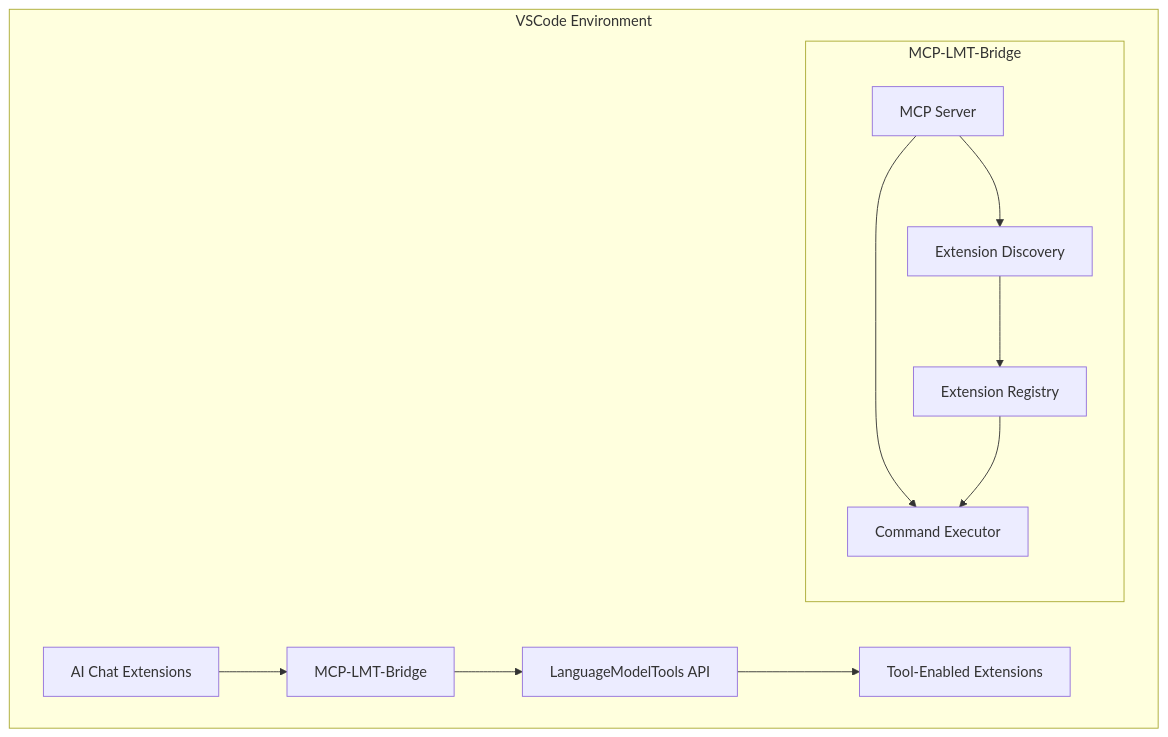
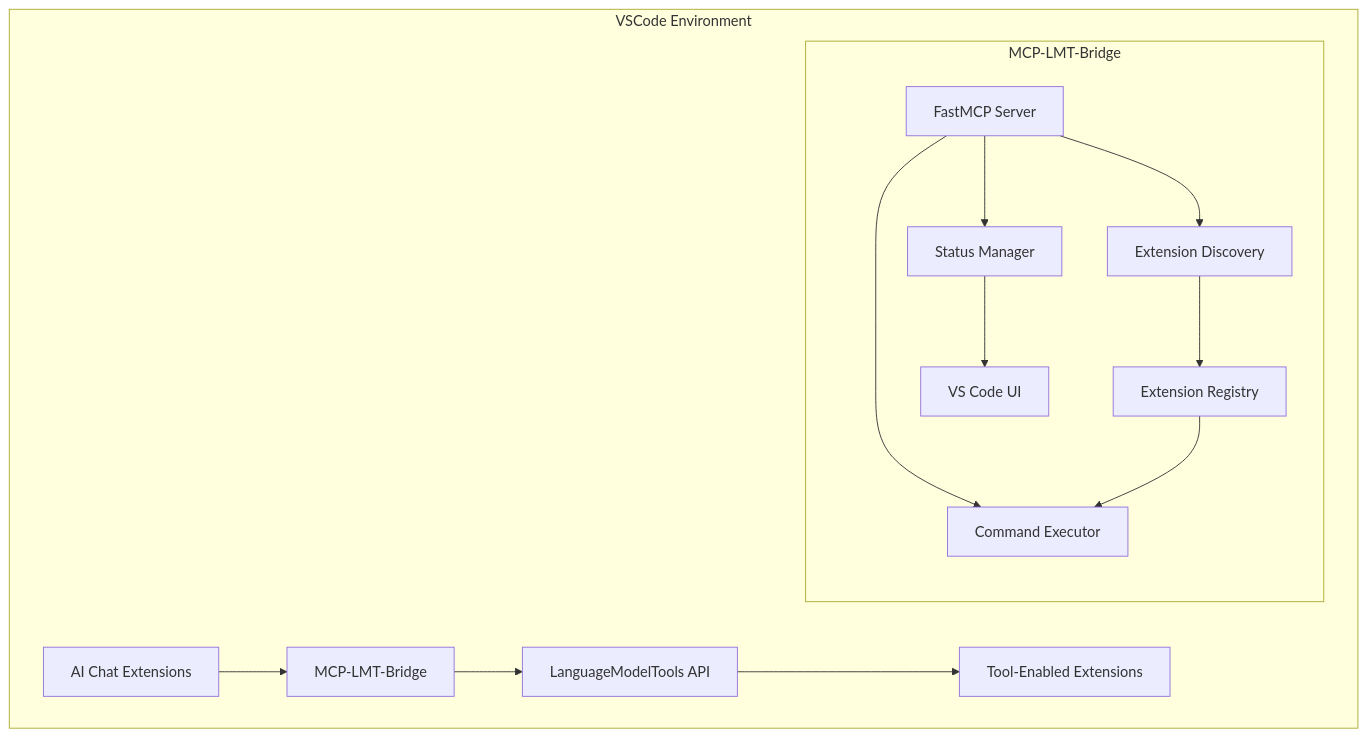
One commit to rixbeck/mcp-mlt-bridge changed the first of 6 diagrams in architecture.md. Above: the diagram before and after it, drawn with Mermaid. The commit also changed other lines of this file and 6 other files, not shown here.

First line of the commit message:
[feat](docs): enhance documentation with FastMCP and SSE integration details

````diff
--- a/architecture.md
+++ b/architecture.md
@@ -19,15 +19,17 @@
 ```mermaid
 graph TB
     subgraph "VSCode Environment"
         AI[AI Chat Extensions] --> MCP[MCP-LMT-Bridge]
         MCP --> LMT[LanguageModelTools API]
         LMT --> Tools[Tool-Enabled Extensions]
         
         subgraph "MCP-LMT-Bridge"
-            Server[MCP Server] --> Discovery[Extension Discovery]
+            Server[FastMCP Server] --> Discovery[Extension Discovery]
             Discovery --> Registry[Extension Registry]
             Server --> Executor[Command Executor]
             Registry --> Executor
+            Server --> Status[Status Manager]
+            Status --> UI[VS Code UI]
         end
     end
 ```
````
